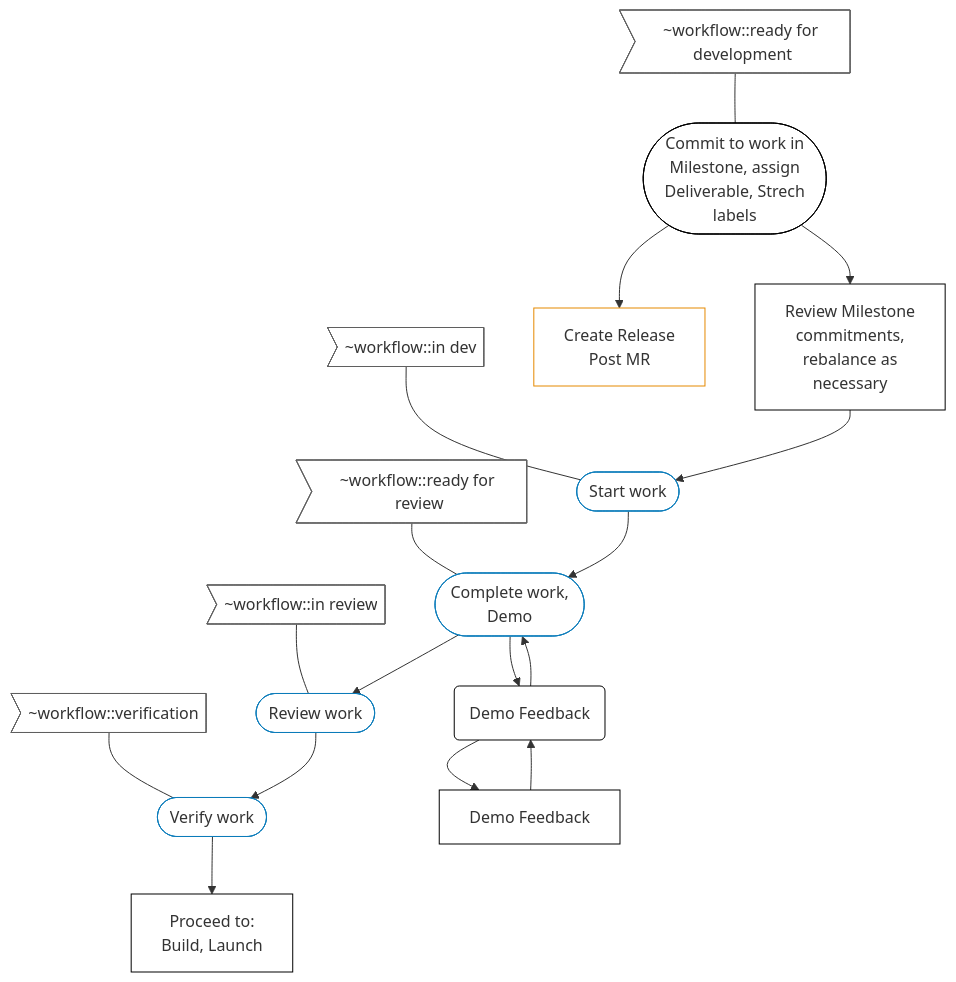
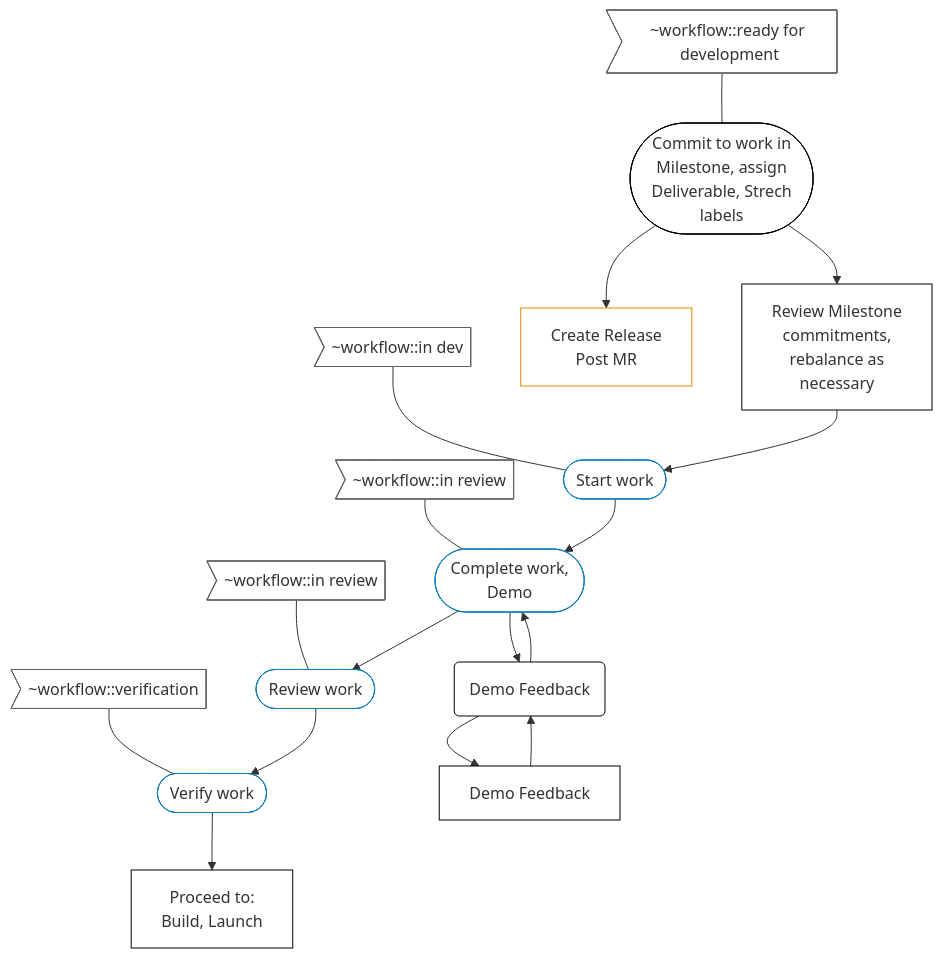
Diagram 11 of 12 in development/threat-management/planning/diagram.html.md (secretstartups/handbook), drawn with Mermaid before and after one commit.

Commit message:
Remove unused label in Threat Management

````diff
--- a/development/threat-management/planning/diagram.html.md
+++ b/development/threat-management/planning/diagram.html.md
@@ -327,40 +327,40 @@
 ```mermaid
 graph TD
   L1>"~workflow::ready for development"]
   L2>"~workflow::in dev"]
-  L3>"~workflow::ready for review"]
+  L3>"~workflow::in review"]
   L4>"~workflow::in review"]
   L5>"~workflow::verification"]
   P1([Commit to work in<br>Milestone, assign<br>Deliverable, Strech<br>labels])
   P2[Review Milestone<br>commitments,<br>rebalance as<br>necessary]
   P3(Demo Feedback)
   P4[Demo Feedback]
   P5[Proceed to:<br>Build, Launch]
   R1["Create Release<br>Post MR"]
   F1([Start work])
   F2([Complete work,<br>Demo])
   F3([Review work])
   F4([Verify work])
   L1 --- P1
   L2 --- F1
   L3 --- F2
   L4 --- F3
   L5 --- F4
   P1 --> R1
   P1 --> P2 --> F1 --> F2 --> F3 --> F4
   F2 --> P3 --> P4
   P4 --> P3 --> F2
   F4 --> P5
 
   classDef feature fill:#ffffff,stroke:#0C7CBA;
   class F1,F2,F3,F4 feature
 
   classDef plain fill:#ffffff,stroke:#000000;
   class P1,P2,P3,P4,P5 plain
 
   classDef label fill:#ffffff,stroke:#606060;
   class L1,L2,L3,L4,L5 label
 
   classDef release fill:#ffffff,stroke:#E58900;
   class R1 release
 ```
````
